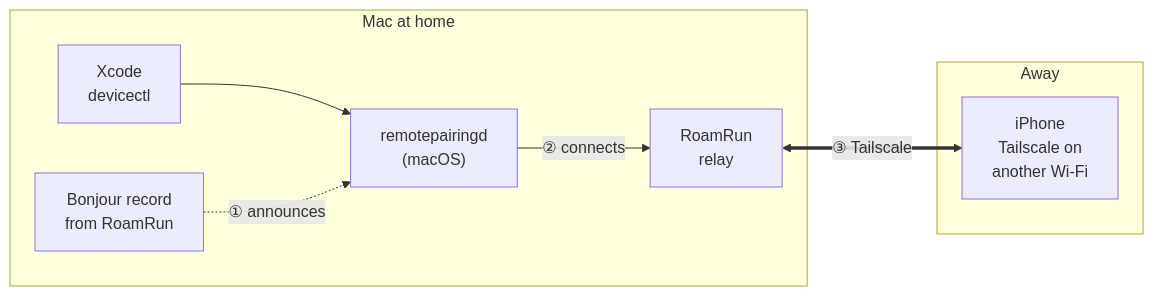
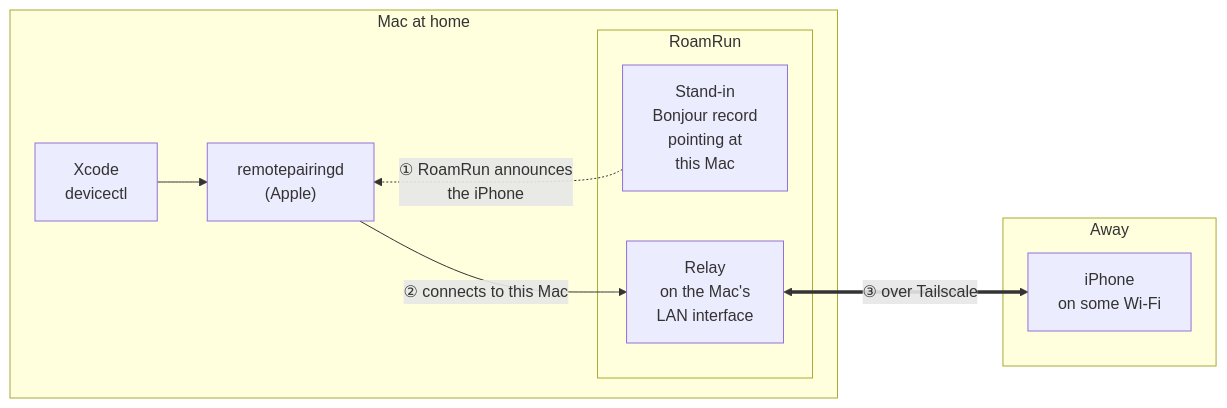
The diagram in README.md (mh-mobile/RoamRun), drawn with Mermaid before and after one commit. The commit also changed 3 other files, not shown here.

First line of the commit message:
README, How it works: the first diagram groups RoamRun's two parts

````diff
--- a/README.md
+++ b/README.md
@@ -27,12 +27,17 @@
 ```mermaid
 flowchart LR
   subgraph mac["Mac at home"]
-    xcode["Xcode<br/>devicectl"] --> rpd["remotepairingd<br/>(macOS)"]
-    fake["Bonjour record<br/>from RoamRun"] -. "① announces" .-> rpd
-    rpd -- "② connects" --> relay["RoamRun<br/>relay"]
+    xcode["Xcode<br/>devicectl"] --> rpd["remotepairingd<br/>(Apple)"]
+    subgraph rr["RoamRun"]
+      fake["Stand-in<br/>Bonjour record<br/>pointing at<br/>this Mac"]
+      relay["Relay<br/>on the Mac's<br/>LAN interface"]
+    end
+    rpd ~~~ fake
+    fake -. "① RoamRun announces<br/>the iPhone" .-> rpd
+    rpd -- "② connects to this Mac" --> relay
   end
   subgraph away["Away"]
-    iphone["iPhone<br/>Tailscale on<br/>another Wi-Fi"]
+    iphone["iPhone<br/>on some Wi-Fi"]
   end
-  relay <== "③ Tailscale" ==> iphone
+  relay <== "③ over Tailscale" ==> iphone
 ```
````
